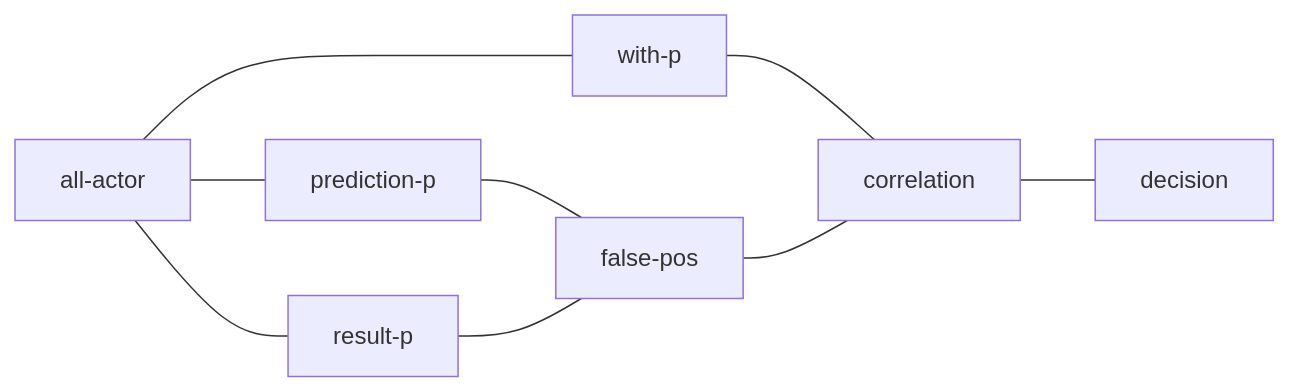
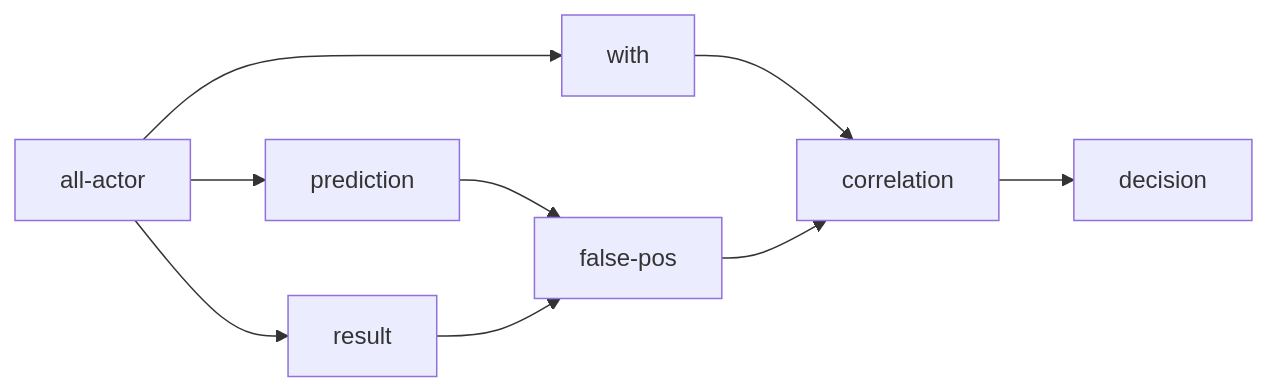
Before and after one commit to julianmendez/tiles: the third of 3 diagrams in docs/README.md, drawn with Mermaid. The commit also changed other lines of this file, not shown here.

````diff
--- a/docs/README.md
+++ b/docs/README.md
@@ -86,11 +85,11 @@
 ```mermaid
 graph LR;
-all-actor --- prediction-p;
-all-actor --- result-p;
-all-actor --- with-p;
-prediction-p --- false-pos;
-result-p --- false-pos;
-with-p --- correlation;
-false-pos --- correlation;
-correlation --- decision;
+all-actor --> prediction;
+all-actor --> result;
+all-actor --> with;
+prediction --> false-pos;
+result --> false-pos;
+with --> correlation;
+false-pos --> correlation;
+correlation --> decision;
 ```
````
